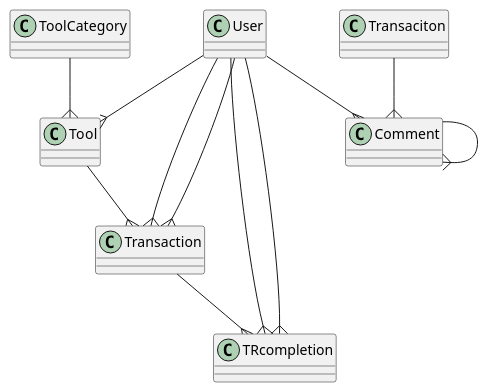
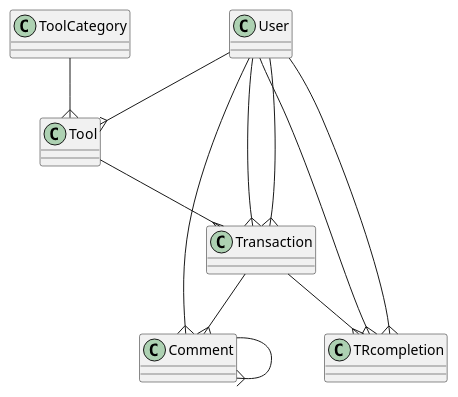
One commit to samsonitto/itool_db changed the first of 2 diagrams in README.md. Above: the diagram before and after it, drawn with PlantUML.

````diff
--- a/README.md
+++ b/README.md
@@ -78,17 +78,17 @@
 ```plantuml
 @startuml
 
 User --{ Tool
 User --{ Transaction
 User --{ Transaction
 User --{ TRcompletion
 User --{ TRcompletion
 User --{ Comment
 ToolCategory --{ Tool
 Tool --{ Transaction
 Transaction --{ TRcompletion
-Transaciton --{ Comment
+Transaction --{ Comment
 Comment --{ Comment
 
 @enduml
 ```
````
